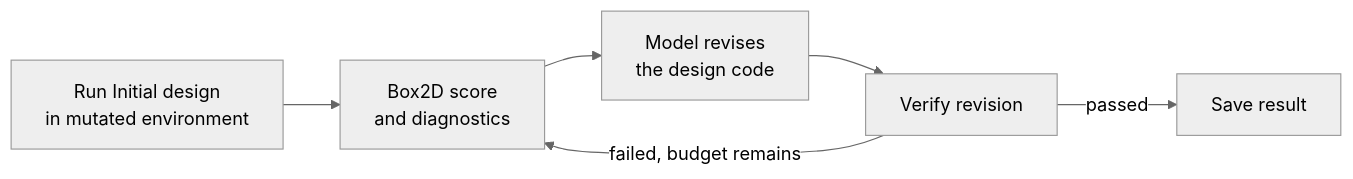
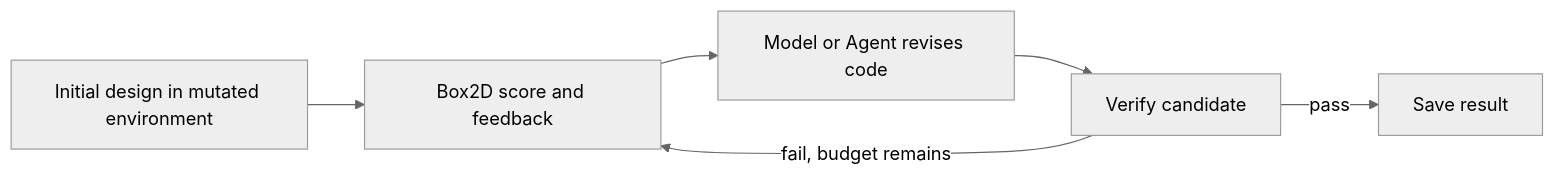
Before and after one commit to yuhao-zhan/PACE-Bench: the first of 2 diagrams in README.md, drawn with Mermaid (neutral theme). The commit also changed other lines of this file and 10 other files, not shown here.

````diff
--- a/README.md
+++ b/README.md
@@ -17,8 +13,8 @@
 ```mermaid
 flowchart LR
-    A[Run Initial design<br/>in mutated environment] --> B[Box2D score<br/>and diagnostics]
-    B --> C[Model revises<br/>the design code]
-    C --> D[Verify revision]
-    D -->|failed, budget remains| B
-    D -->|passed| E[Save result]
+    A[Initial design in mutated environment] --> B[Box2D score and feedback]
+    B --> C[Model or Agent revises code]
+    C --> D[Verify candidate]
+    D -->|fail, budget remains| B
+    D -->|pass| E[Save result]
 ```
````
